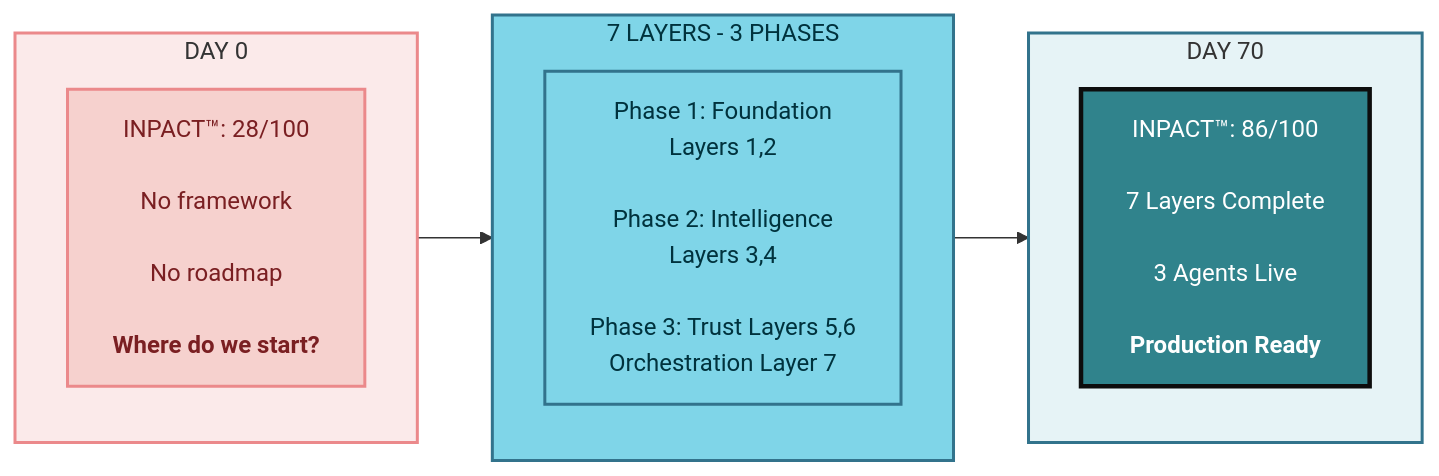
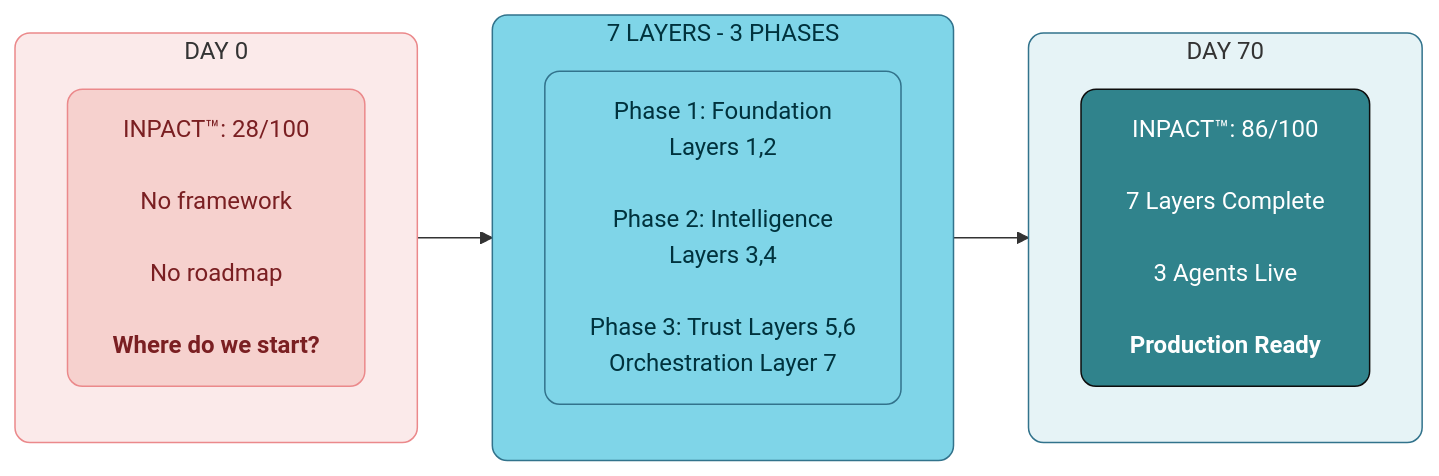
One commit to colaberry/trust-before-intelligence-book changed the first of 4 diagrams in manuscript/04_chapter_3_from_bi_to_agent.md. Above: the diagram before and after it, drawn with Mermaid. The commit also changed other lines of this file and 12 other files, not shown here.

````diff
--- a/manuscript/04_chapter_3_from_bi_to_agent.md
+++ b/manuscript/04_chapter_3_from_bi_to_agent.md
@@ -6,28 +6,28 @@
 ```mermaid
 
 graph LR
     subgraph BEFORE["DAY 0"]
         direction TB
         B1["INPACT™: 28/100<br/><br/>No framework<br/><br/>No roadmap<br/><br/><b>Where do we start?</b>"]
     end
     
     subgraph PHASES["7 LAYERS - 3 PHASES"]
         direction TB
         P1["Phase 1: Foundation<br/>Layers 1,2<br/><br/>Phase 2: Intelligence<br/>Layers 3,4<br/><br/>Phase 3: Trust Layers 5,6<br/> Orchestration Layer 7"]
     end
     
     subgraph AFTER["DAY 70"]
         direction TB
         A1["INPACT™: 86/100<br/><br/>7 Layers Complete<br/><br/>3 Agents Live<br/><br/><b>Production Ready</b>"]
     end
     
     BEFORE --> PHASES --> AFTER
 
-    style BEFORE fill:#FBEAEA,stroke:#EB898B,stroke-width:2px
-    style B1 fill:#F6D1CE,stroke:#EB898B,stroke-width:2px,color:#7A1F22
-    style PHASES fill:#7FD5E8,stroke:#32738C,stroke-width:2px,color:#00323D
-    style P1 fill:#7FD5E8,stroke:#32738C,stroke-width:2px,color:#00323D
-    style AFTER fill:#E6F3F6,stroke:#32738C,stroke-width:2px
-    style A1 fill:#30838C,stroke:#0D0D0D,stroke-width:3px,color:#ffffff
+    style BEFORE fill:#FBEAEA,stroke:#EB898B,stroke-width:1px,rx:10,ry:10
+    style B1 fill:#F6D1CE,stroke:#EB898B,stroke-width:1px,color:#7A1F22,rx:10,ry:10
+    style PHASES fill:#7FD5E8,stroke:#32738C,stroke-width:1px,color:#00323D,rx:10,ry:10
+    style P1 fill:#7FD5E8,stroke:#32738C,stroke-width:1px,color:#00323D,rx:10,ry:10
+    style AFTER fill:#E6F3F6,stroke:#32738C,stroke-width:1px,rx:10,ry:10
+    style A1 fill:#30838C,stroke:#0D0D0D,stroke-width:1px,color:#ffffff,rx:10,ry:10
 
 ```
````
